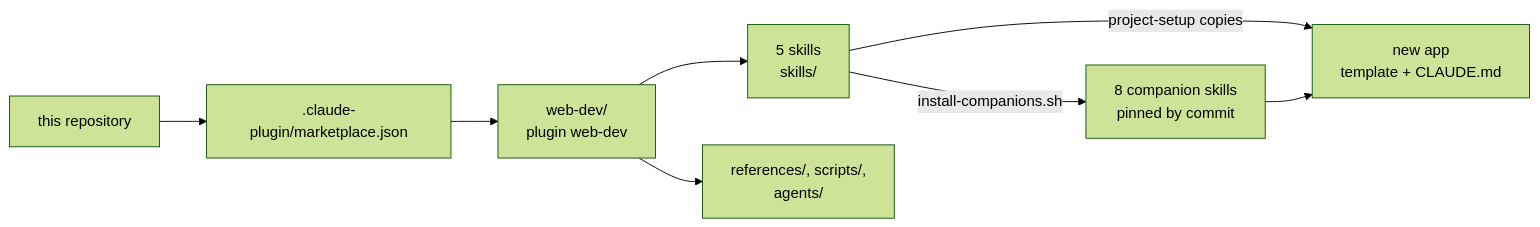
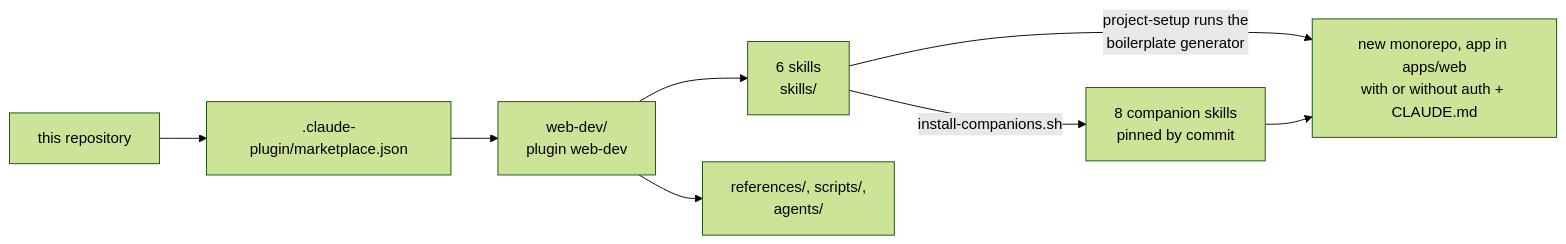
One commit to loiphan-agilityio/web-dev-plugin changed the first of 3 diagrams in DESIGN.md. Above: the diagram before and after it, drawn with Mermaid (forest theme). The commit also changed other lines of this file and 44 other files, not shown here.

First line of the commit message:
feat(web-dev): ci-setup skill, projects from the react-vite-boilerplate (0.2.0)

````diff
--- a/DESIGN.md
+++ b/DESIGN.md
@@ -8,10 +8,10 @@
 ```mermaid
 flowchart LR
   repo["this repository"] --> mkt[".claude-plugin/marketplace.json"]
   mkt --> plugin["web-dev/<br/>plugin web-dev"]
-  plugin --> skills["5 skills<br/>skills/"]
+  plugin --> skills["6 skills<br/>skills/"]
   plugin --> shared["references/, scripts/,<br/>agents/"]
-  skills -->|project-setup copies| app["new app<br/>template + CLAUDE.md"]
+  skills -->|project-setup runs the<br/>boilerplate generator| app["new monorepo, app in apps/web<br/>with or without auth + CLAUDE.md"]
   skills -->|install-companions.sh| comp["8 companion skills<br/>pinned by commit"]
   comp --> app
 ```
````
